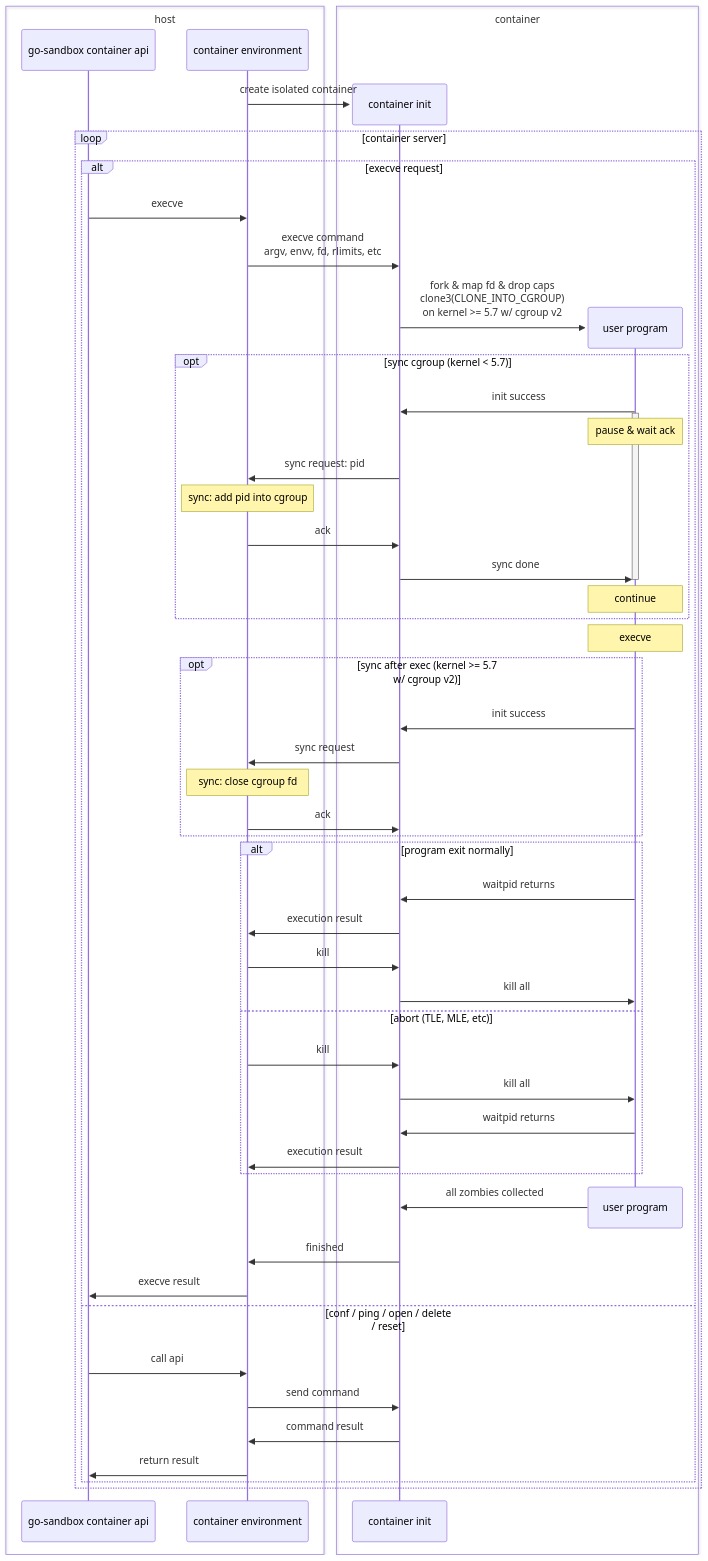
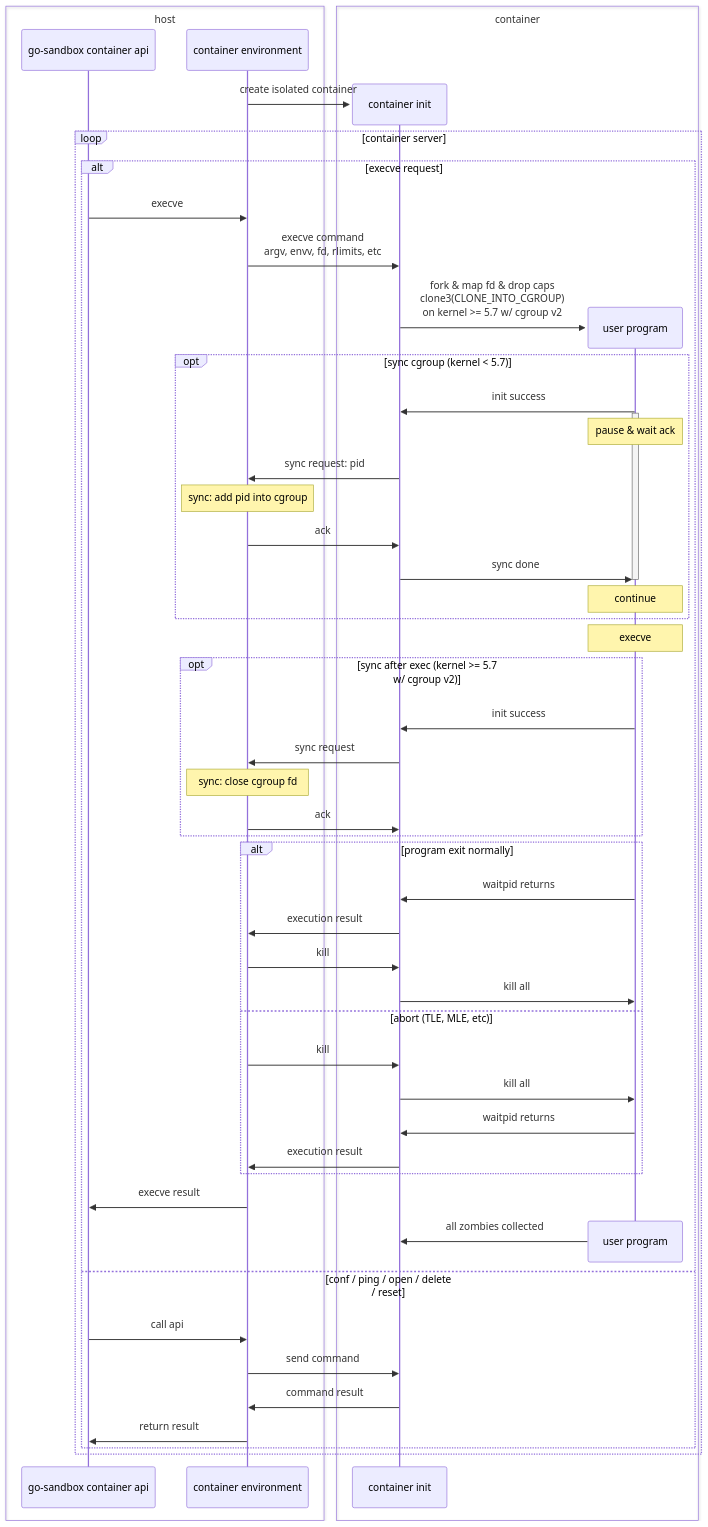
The third of 3 diagrams in src/design.md (criyle/go-judge-doc), drawn with Mermaid before and after one commit. The commit also changed 3 other files, not shown here.

````diff
--- a/src/design.md
+++ b/src/design.md
@@ -164,74 +164,73 @@
 ```mermaid
 sequenceDiagram
 
 box host
 participant u as go-sandbox container api
 participant s as container environment
 end
 
 create participant c
 s ->> c: create isolated container
 
 loop container server
 alt execve request
 
 u ->> s: execve
 
 s ->> c: execve command <br/> argv, envv, fd, rlimits, etc
 create participant e
 c ->> e: fork & map fd & drop caps <br/> clone3(CLONE_INTO_CGROUP) <br/> on kernel >= 5.7 w/ cgroup v2
 
 opt sync cgroup (kernel < 5.7)
 e ->> c: init success
 activate e
 note over e: pause & wait ack
 c ->> s: sync request: pid
 note over s: sync: add pid into cgroup
 s ->> c: ack
 c ->> e: sync done
 deactivate e
 note over e: continue
 end
 
 note over e: execve
 
 opt sync after exec (kernel >= 5.7 w/ cgroup v2)
 e ->> c: init success
 c ->> s: sync request
 note over s: sync: close cgroup fd
 s ->> c: ack
 end
 
 alt program exit normally
 e ->> c: waitpid returns
 c ->> s: execution result
 s ->> c: kill
 c ->> e: kill all 
 else abort (TLE, MLE, etc)
 s ->> c: kill
 c ->> e: kill all 
 e ->> c: waitpid returns
 c ->> s: execution result
 end
 
+s ->> u: execve result
+
 destroy e
 e ->> c: all zombies collected
-c ->> s: finished
-
-s ->> u: execve result
 
 else conf / ping / open / delete / reset 
 
 u ->> s: call api
 s ->> c: send command
 c ->> s: command result
 s ->> u: return result
 
 end
 end
 
 box container
 participant c as container init 
 participant e as user program
 end
 ```
````
